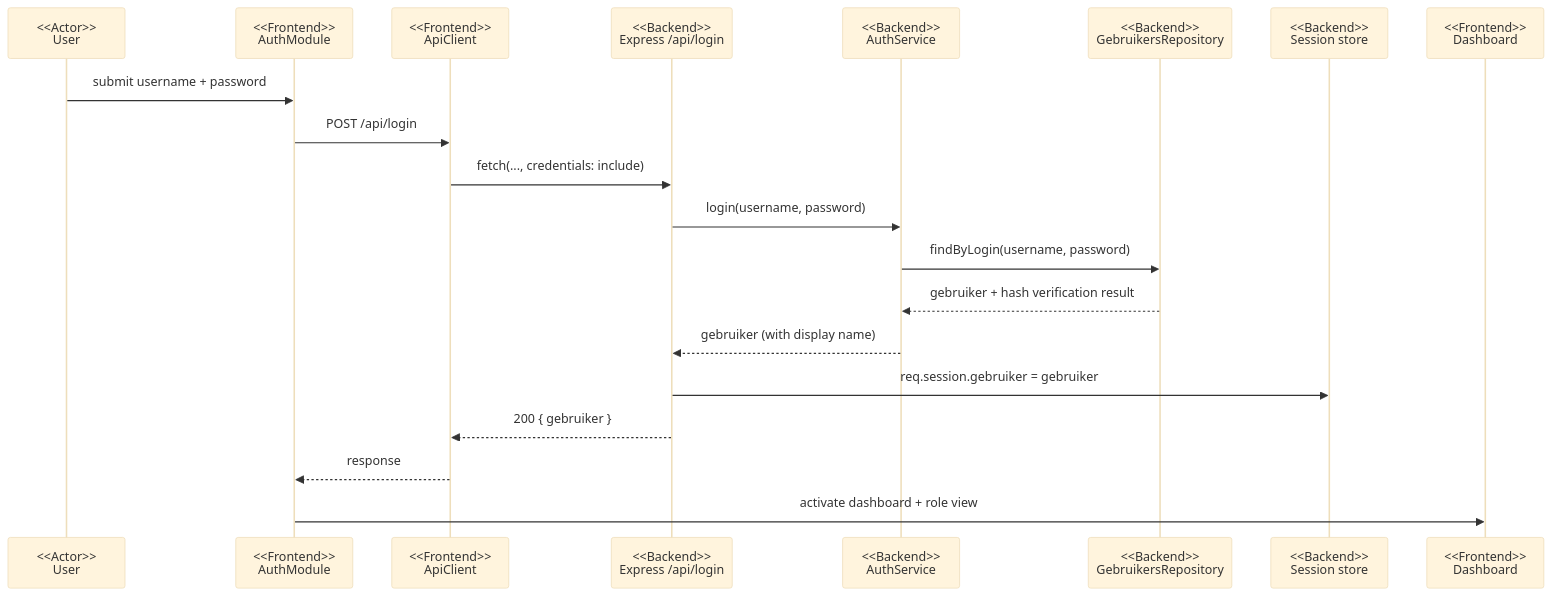
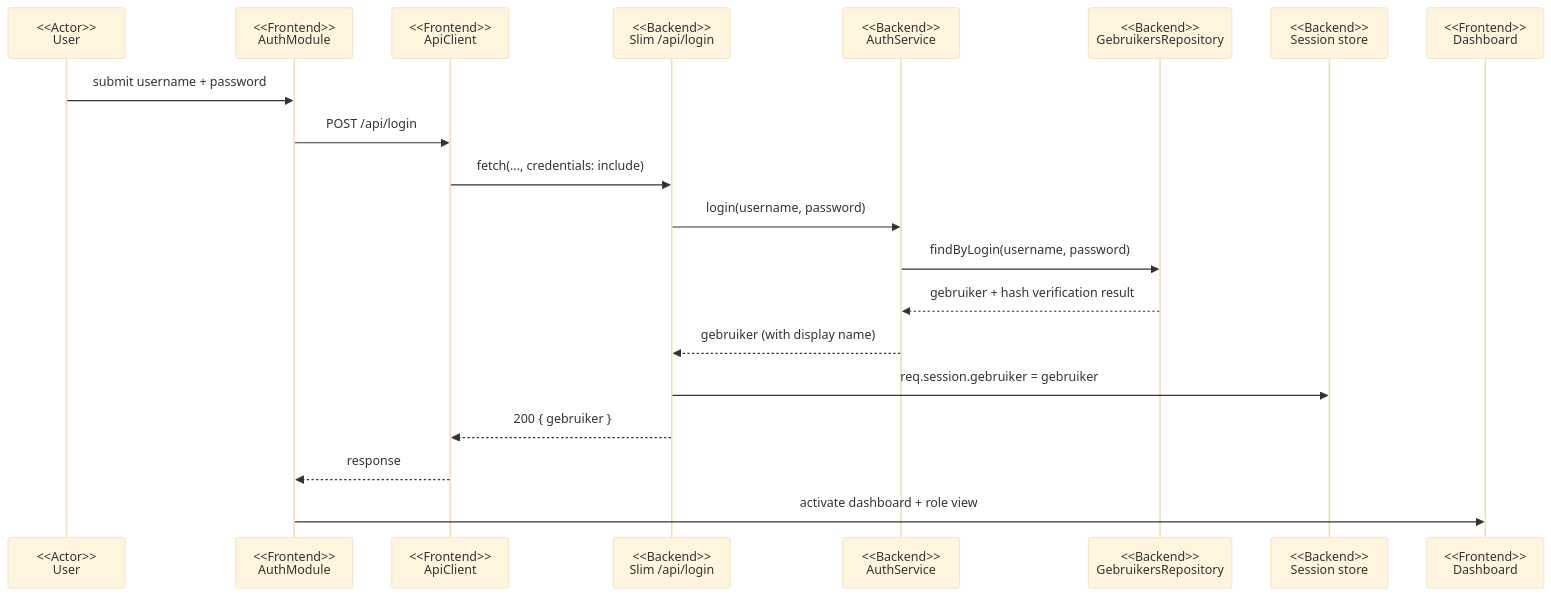
Before and after one commit to pjgheijmans/NewSiteWaterbeheerDeBercken: the second of 10 diagrams in docs/EDS.md, drawn with Mermaid (base theme). The commit also changed other lines of this file and 1 other file, not shown here.

First line of the commit message:
docs: werk EPS/EDS bij naar de PHP-backend

````diff
--- a/docs/EDS.md
+++ b/docs/EDS.md
@@ -591,23 +615,23 @@
 ```mermaid
 sequenceDiagram
     participant U as <<Actor>><br/>User
     participant C as <<Frontend>><br/>AuthModule
     participant A as <<Frontend>><br/>ApiClient
-    participant S as <<Backend>><br/>Express /api/login
+    participant S as <<Backend>><br/>Slim /api/login
     participant SR as <<Backend>><br/>AuthService
     participant R as <<Backend>><br/>GebruikersRepository
     participant SS as <<Backend>><br/>Session store
     participant UI as <<Frontend>><br/>Dashboard
 
     U->>C: submit username + password
     C->>A: POST /api/login
     A->>S: fetch(..., credentials: include)
     S->>SR: login(username, password)
     SR->>R: findByLogin(username, password)
     R-->>SR: gebruiker + hash verification result
     SR-->>S: gebruiker (with display name)
     S->>SS: req.session.gebruiker = gebruiker
     S-->>A: 200 { gebruiker }
     A-->>C: response
     C->>UI: activate dashboard + role view
 ```
````
